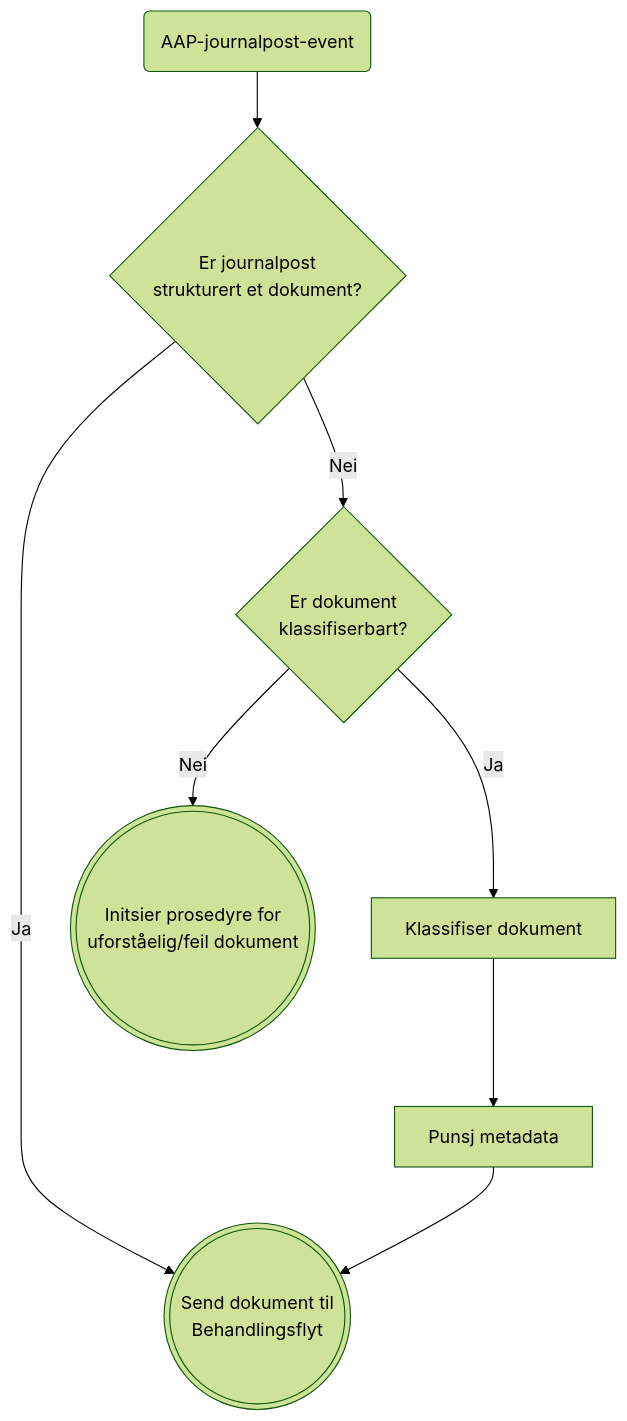
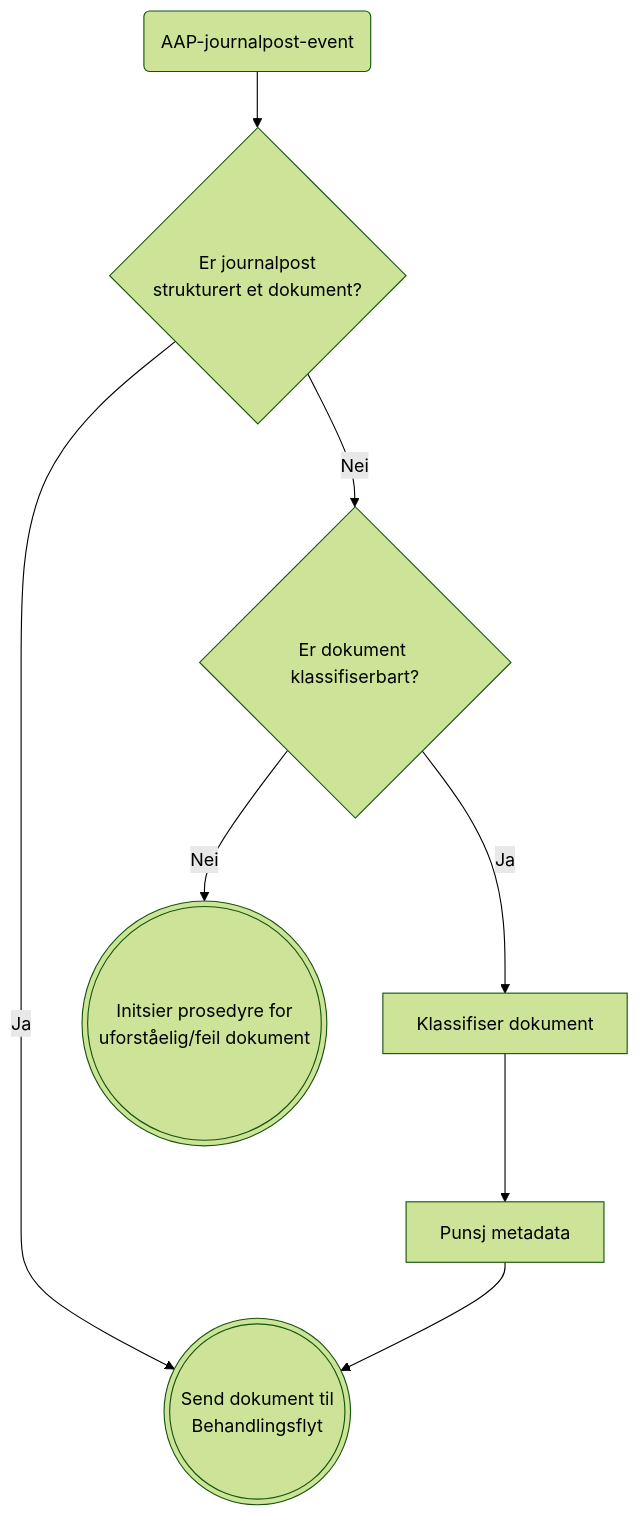
The second of 3 diagrams in docs/funksjonalitet/12_Postmottak/teknisk.md (navikt/aap-intern-sysdok), drawn with Mermaid (forest theme) before and after one commit. The commit also changed 1 other file, not shown here.

Commit message:
Fjern newlines i mermaid som ikke renderes riktig

````diff
--- a/docs/funksjonalitet/12_Postmottak/teknisk.md
+++ b/docs/funksjonalitet/12_Postmottak/teknisk.md
@@ -28,11 +28,11 @@
 ```mermaid
 flowchart 
     A(AAP-journalpost-event)-->B{Er journalpost\n strukturert et dokument?}
     B-->|Ja|C(((Send dokument til\n Behandlingsflyt)))
-    B-->|Nei|D{Er dokument\n klassifiserbart?}
+    B-->|Nei|D{Er dokument klassifiserbart?}
     D-->|Nei|E(((Initsier prosedyre for\n uforståelig/feil dokument)))
     D-->|Ja|F[Klassifiser dokument]
     F-->G[Punsj metadata]
     G-->C
     
 ```
````
